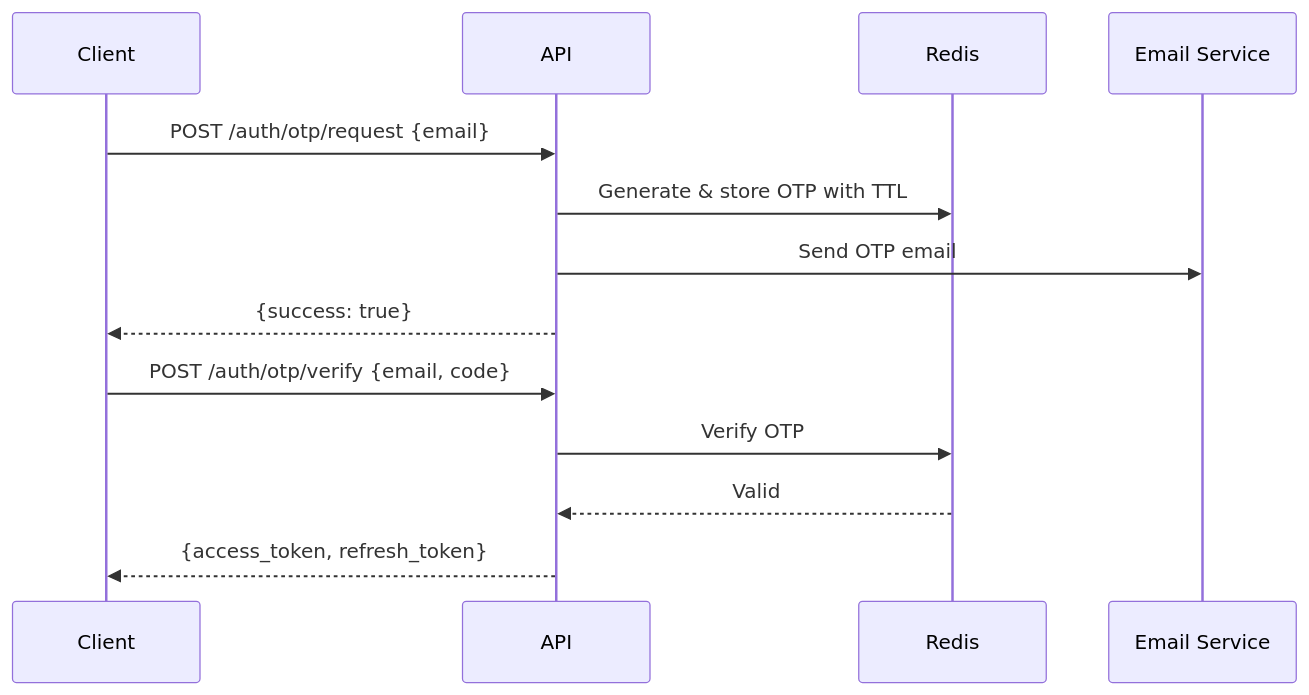
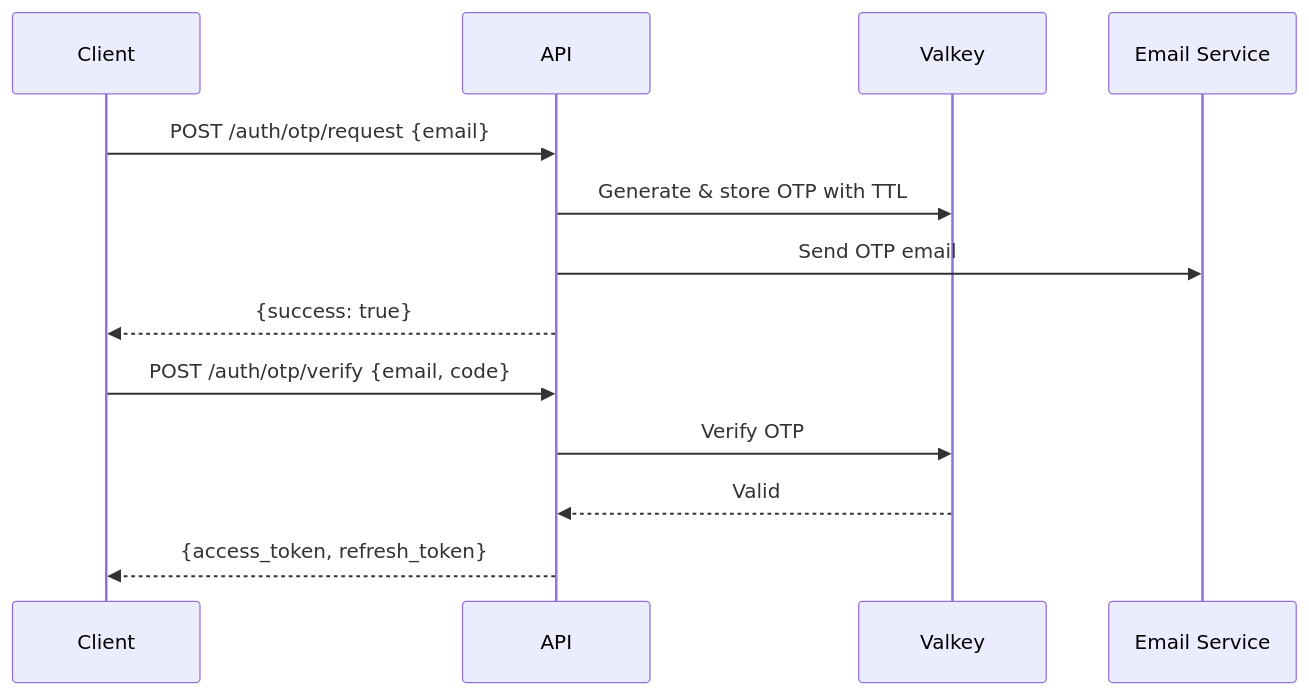
Before and after one commit to mattjaikaran/django-ninja-boilerplate: the tenth of 13 diagrams in docs/ARCHITECTURE.md, drawn with Mermaid. The commit also changed other lines of this file and 14 other files, not shown here.

````diff
--- a/docs/ARCHITECTURE.md
+++ b/docs/ARCHITECTURE.md
@@ -522,17 +522,17 @@
 ```mermaid
 sequenceDiagram
     participant C as Client
     participant API as API
-    participant R as Redis
+    participant R as Valkey
     participant E as Email Service
 
     C->>API: POST /auth/otp/request {email}
     API->>R: Generate & store OTP with TTL
     API->>E: Send OTP email
     API-->>C: {success: true}
 
     C->>API: POST /auth/otp/verify {email, code}
     API->>R: Verify OTP
     R-->>API: Valid
     API-->>C: {access_token, refresh_token}
 ```
````
